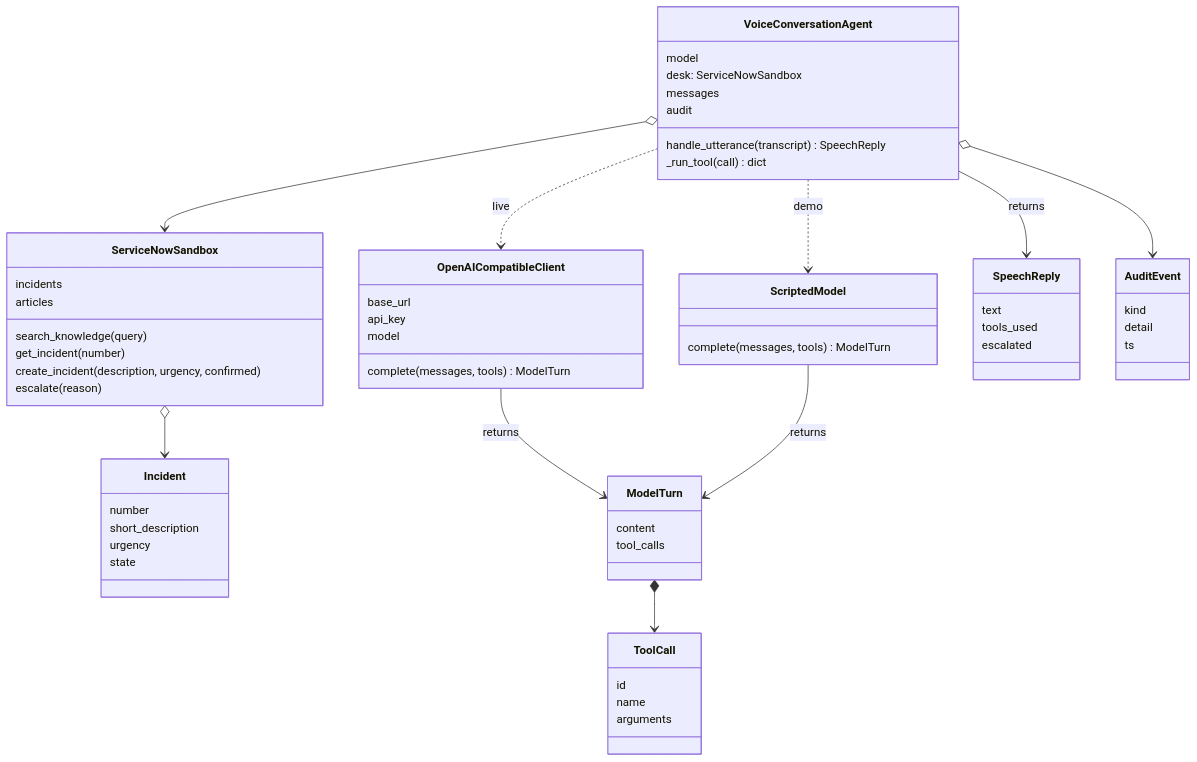
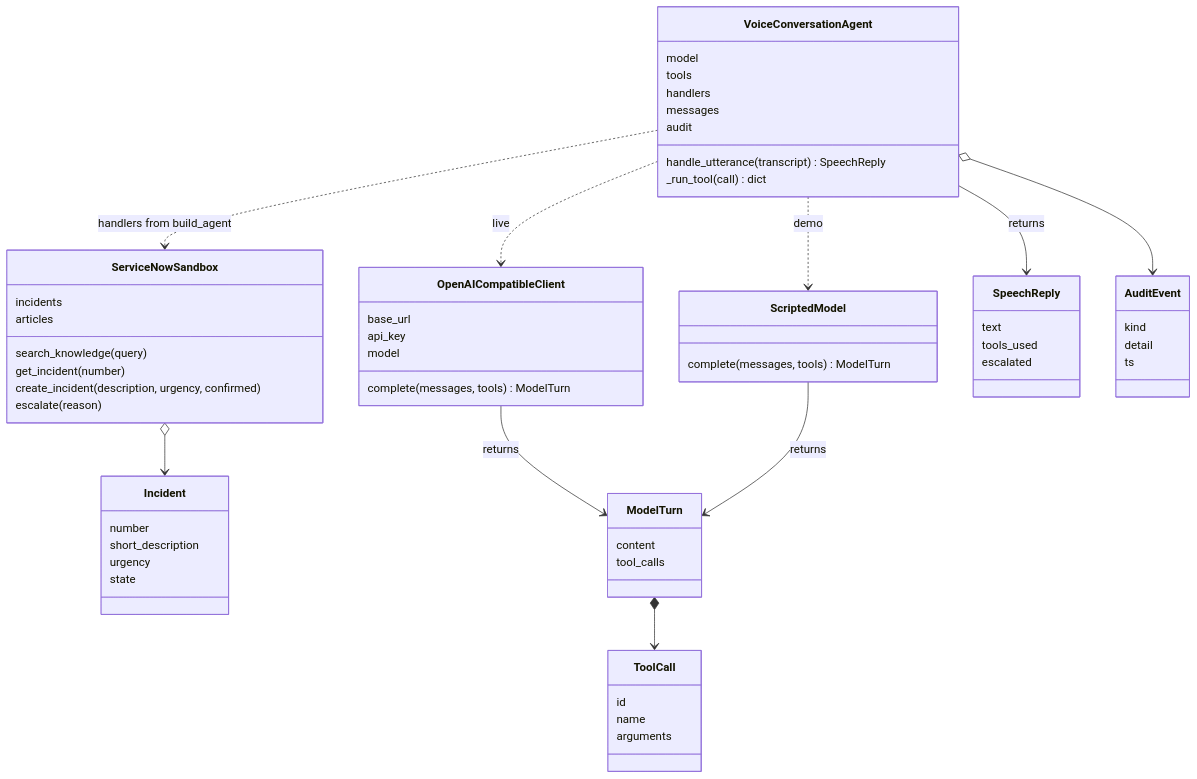
The second of 2 diagrams in README.md (deepak-muley/voice-agent-demo), drawn with Mermaid before and after one commit. The commit also changed other lines of this file and 3 other files, not shown here.

First line of the commit message:
Split the model client and conversation loop from the ticket desk.

````diff
--- a/README.md
+++ b/README.md
@@ -55,71 +59,72 @@
 ```mermaid
 classDiagram
     class VoiceConversationAgent {
         model
-        desk: ServiceNowSandbox
+        tools
+        handlers
         messages
         audit
         handle_utterance(transcript) SpeechReply
         _run_tool(call) dict
     }
 
     class OpenAICompatibleClient {
         base_url
         api_key
         model
         complete(messages, tools) ModelTurn
     }
 
     class ScriptedModel {
         complete(messages, tools) ModelTurn
     }
 
     class ServiceNowSandbox {
         incidents
         articles
         search_knowledge(query)
         get_incident(number)
         create_incident(description, urgency, confirmed)
         escalate(reason)
     }
 
     class Incident {
         number
         short_description
         urgency
         state
     }
 
     class ModelTurn {
         content
         tool_calls
     }
 
     class ToolCall {
         id
         name
         arguments
     }
 
     class SpeechReply {
         text
         tools_used
         escalated
     }
 
     class AuditEvent {
         kind
         detail
         ts
     }
 
-    VoiceConversationAgent o--> ServiceNowSandbox
     VoiceConversationAgent o--> AuditEvent
+    VoiceConversationAgent ..> ServiceNowSandbox : handlers from build_agent
     VoiceConversationAgent ..> OpenAICompatibleClient : live
     VoiceConversationAgent ..> ScriptedModel : demo
     VoiceConversationAgent --> SpeechReply : returns
     OpenAICompatibleClient --> ModelTurn : returns
     ScriptedModel --> ModelTurn : returns
     ModelTurn *--> ToolCall
     ServiceNowSandbox o--> Incident
 ```
````
